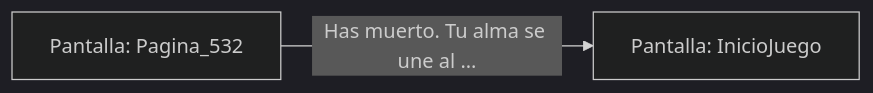
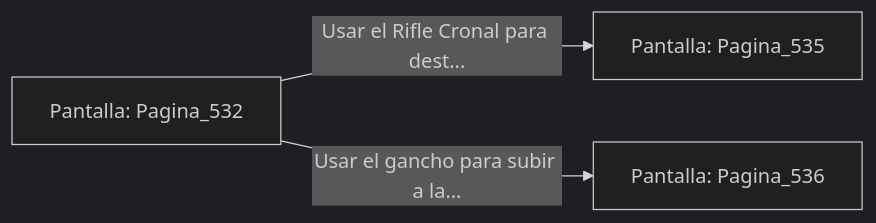
The diagram in sample/eligejuego-vault/Pantalla_Pagina_532.md (metsuke/mpl), drawn with Mermaid (dark theme) before and after one commit. The commit also changed other lines of this file and 635 other files, not shown here.

First line of the commit message:
fix: añadir Pagina_1 como pantalla inicial en capitulo_01.mpl

````diff
--- a/sample/eligejuego-vault/Pantalla_Pagina_532.md
+++ b/sample/eligejuego-vault/Pantalla_Pagina_532.md
@@ -17,5 +22,6 @@
 ```mermaid
 graph LR
     P_Pagina_532["Pantalla: Pagina_532"]
-    P_Pagina_532 -->|"Has muerto. Tu alma se une al ..."| P_InicioJuego["Pantalla: InicioJuego"]
+    P_Pagina_532 -->|"Usar el Rifle Cronal para dest..."| P_Pagina_535["Pantalla: Pagina_535"]
+    P_Pagina_532 -->|"Usar el gancho para subir a la..."| P_Pagina_536["Pantalla: Pagina_536"]
 ```
````
